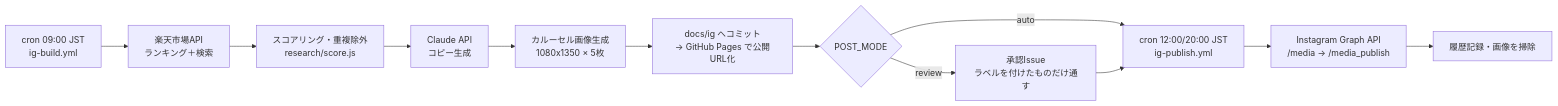
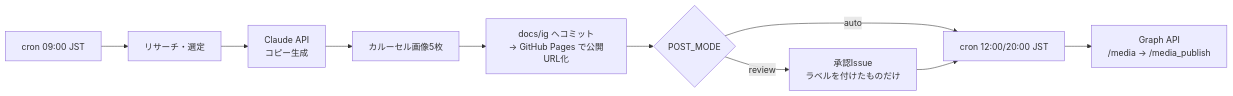
One commit to taro52233-prog/jiko-koteikan-app changed the second of 2 diagrams in auto-instagram/README.md. Above: the diagram before and after it, drawn with Mermaid. The commit also changed other lines of this file and 19 other files, not shown here.

````diff
--- a/auto-instagram/README.md
+++ b/auto-instagram/README.md
@@ -6,14 +133,12 @@
 ```mermaid
 flowchart LR
-  A["cron 09:00 JST<br/>ig-build.yml"] --> B["楽天市場API<br/>ランキング＋検索"]
-  B --> C["スコアリング・重複除外<br/>research/score.js"]
-  C --> D["Claude API<br/>コピー生成"]
-  D --> E["カルーセル画像生成<br/>1080x1350 × 5枚"]
-  E --> F["docs/ig へコミット<br/>→ GitHub Pages で公開URL化"]
-  F --> G{"POST_MODE"}
-  G -- review --> H["承認Issue<br/>ラベルを付けたものだけ通す"]
-  G -- auto --> I
-  H --> I["cron 12:00/20:00 JST<br/>ig-publish.yml"]
-  I --> J["Instagram Graph API<br/>/media → /media_publish"]
-  J --> K["履歴記録・画像を掃除"]
+  A["cron 09:00 JST"] --> B["リサーチ・選定"]
+  B --> C["Claude API<br/>コピー生成"]
+  C --> D["カルーセル画像5枚"]
+  D --> E["docs/ig へコミット<br/>→ GitHub Pages で公開URL化"]
+  E --> F{"POST_MODE"}
+  F -- review --> G["承認Issue<br/>ラベルを付けたものだけ"]
+  F -- auto --> H
+  G --> H["cron 12:00/20:00 JST"]
+  H --> I["Graph API<br/>/media → /media_publish"]
 ```
````
